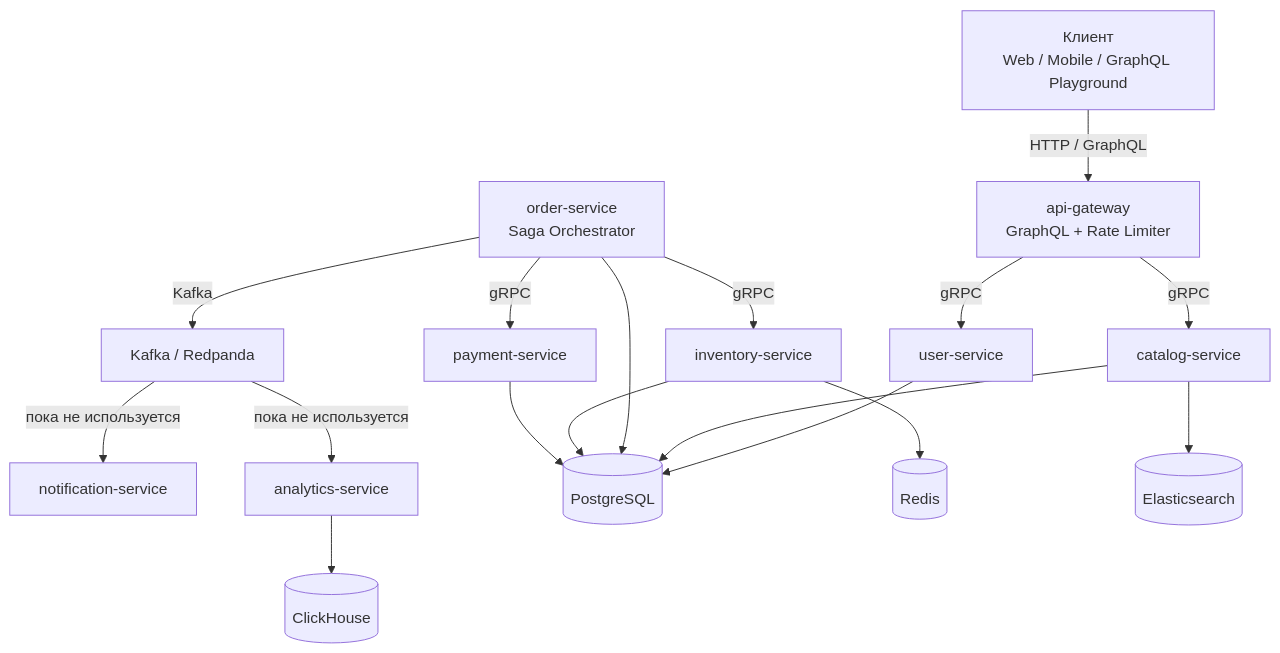
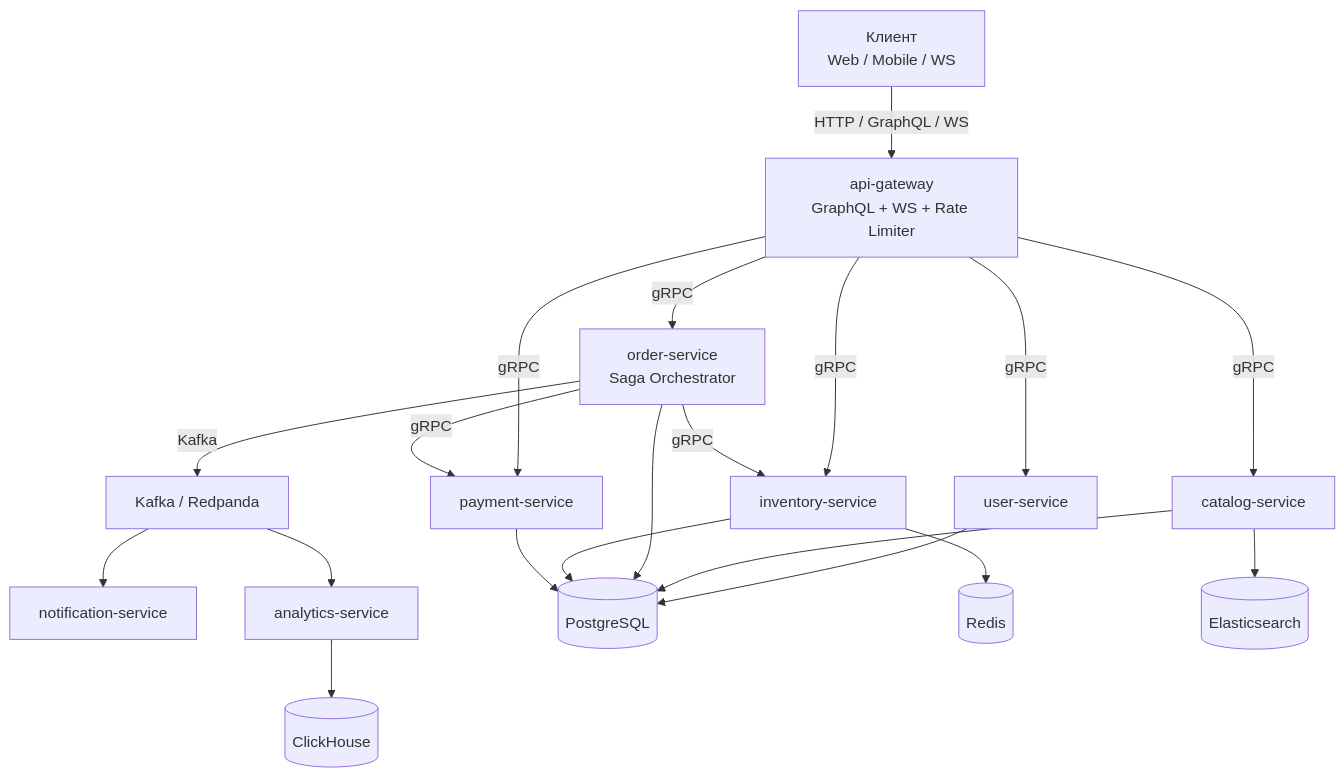
Before and after one commit to ekhodzitsky/go-ozon-marketplace: the diagram in README.md, drawn with Mermaid. The commit also changed other lines of this file and 7 other files, not shown here.

````diff
--- a/README.md
+++ b/README.md
@@ -15,30 +14,33 @@
 ```mermaid
 graph TB
-    Client[Клиент<br/>Web / Mobile / GraphQL Playground]
-    AG[api-gateway<br/>GraphQL + Rate Limiter]
+    Client[Клиент<br/>Web / Mobile / WS]
+    AG[api-gateway<br/>GraphQL + WS + Rate Limiter]
     US[user-service]
     CS[catalog-service]
     OS[order-service<br/>Saga Orchestrator]
     IS[inventory-service]
     PS[payment-service]
     NS[notification-service]
     AS[analytics-service]
     Kafka[Kafka / Redpanda]
     PG[(PostgreSQL)]
     Redis[(Redis)]
     ES[(Elasticsearch)]
     CH[(ClickHouse)]
 
-    Client -->|HTTP / GraphQL| AG
+    Client -->|HTTP / GraphQL / WS| AG
     AG -->|gRPC| US
     AG -->|gRPC| CS
+    AG -->|gRPC| OS
+    AG -->|gRPC| IS
+    AG -->|gRPC| PS
     OS -->|gRPC| IS
     OS -->|gRPC| PS
     OS -->|Kafka| Kafka
     US & CS & OS & IS & PS --> PG
     IS --> Redis
     CS --> ES
     AS --> CH
-    Kafka -->|пока не используется| NS
-    Kafka -->|пока не используется| AS
+    Kafka --> NS
+    Kafka --> AS
 ```
````
